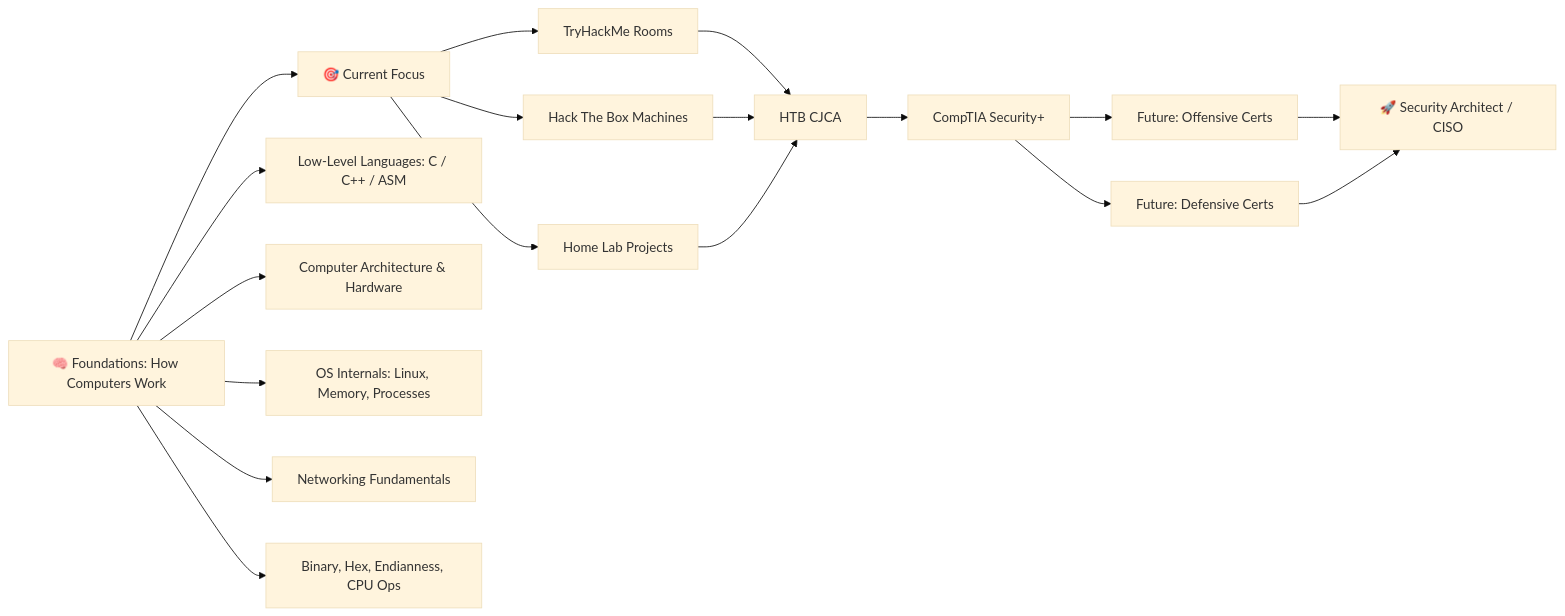
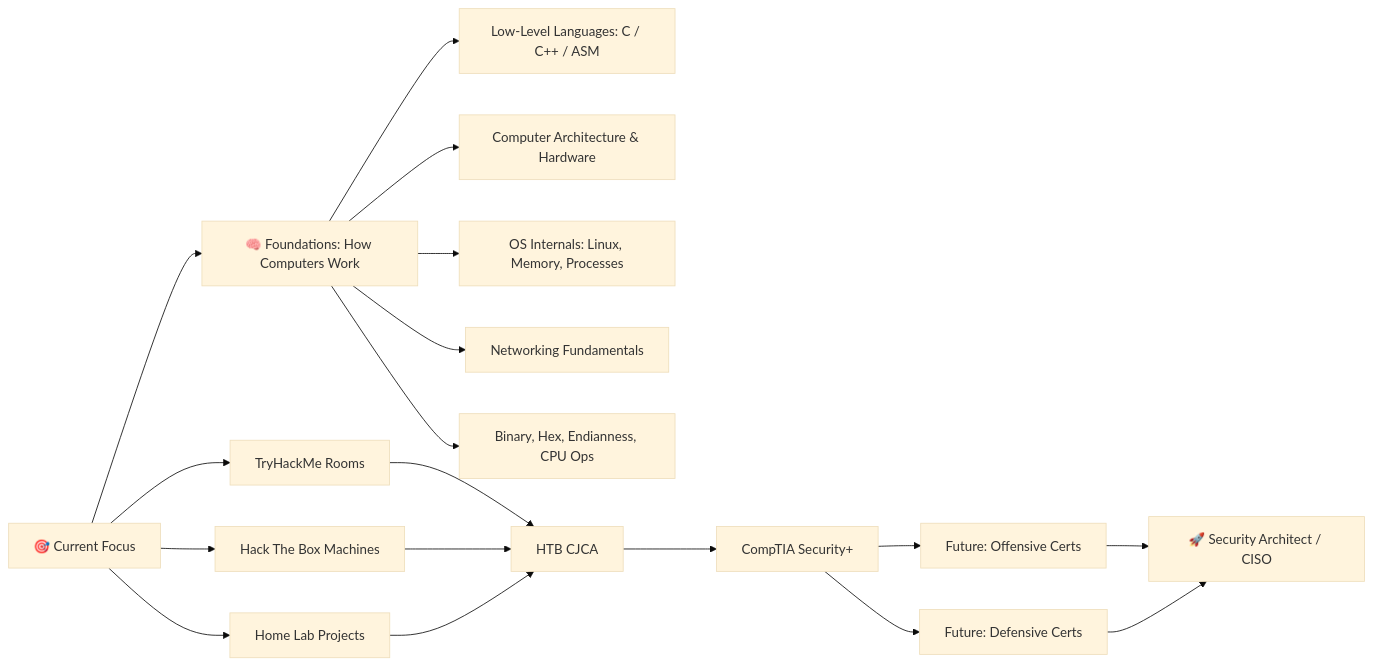
The diagram in README.md (Agentpuggles/Agentpuggles), drawn with Mermaid (base theme) before and after one commit.

Commit message:
Fix direction of arrow in mermaid diagram

````diff
--- a/README.md
+++ b/README.md
@@ -185,20 +185,20 @@
 ```mermaid
 graph LR
-    Z[🧠 Foundations: How Computers Work] --> A[🎯 Current Focus]
+    A[🎯 Current Focus] --> Z[🧠 Foundations: How Computers Work]
     Z --> Z1[Low-Level Languages: C / C++ / ASM]
     Z --> Z2[Computer Architecture & Hardware]
     Z --> Z3[OS Internals: Linux, Memory, Processes]
     Z --> Z4[Networking Fundamentals]
     Z --> Z5[Binary, Hex, Endianness, CPU Ops]
     A --> B[TryHackMe Rooms]
     A --> C[Hack The Box Machines]
     A --> D[Home Lab Projects]
     B --> E[HTB CJCA]
     C --> E
     D --> E
     E --> F[CompTIA Security+]
     F --> G[Future: Offensive Certs]
     F --> H[Future: Defensive Certs]
     G --> I[🚀 Security Architect / CISO]
     H --> I
 ```
````
